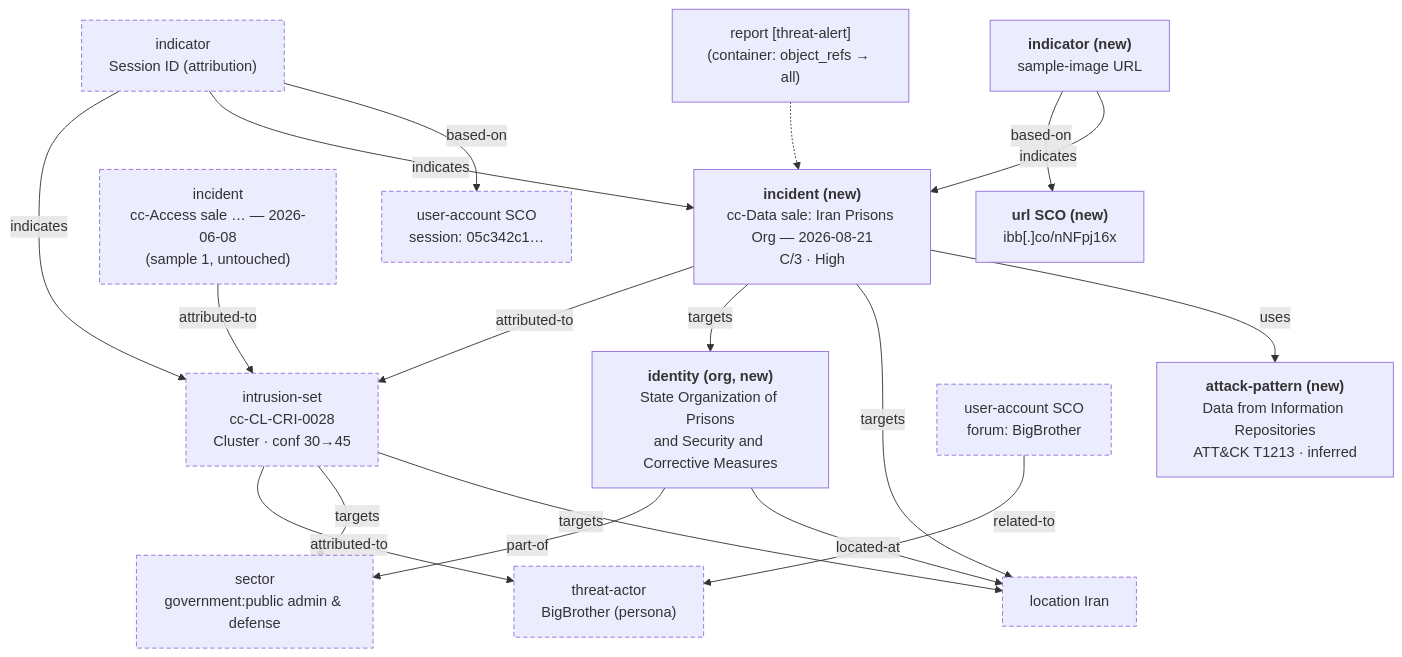
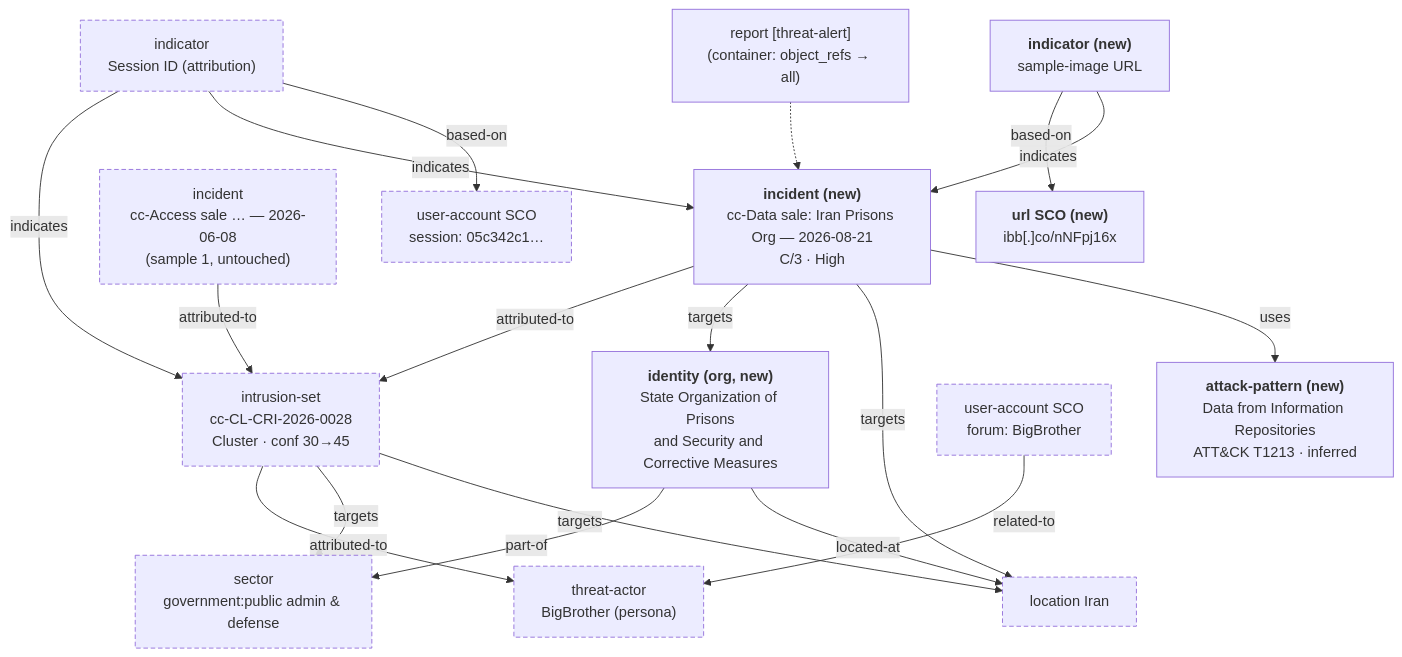
The diagram in docs/Real-Examples/Access-sale-scenario-2.md (CTI-Center/PatchWork), drawn with Mermaid before and after one commit. The commit also changed other lines of this file and 79 other files, not shown here.

````diff
--- a/docs/Real-Examples/Access-sale-scenario-2.md
+++ b/docs/Real-Examples/Access-sale-scenario-2.md
@@ -125,23 +125,23 @@
 ```mermaid
 flowchart TB
   RPT["report [threat-alert]<br/>(container: object_refs → all)"] -.-> INC
   INC["<b>incident (new)</b><br/>cc-Data sale: Iran Prisons Org — 2026-08-21<br/>C/3 · High"] -->|attributed-to| IS
-  IS["intrusion-set<br/>cc-CL-CRI-0028<br/>Cluster · conf 30→45"] -->|attributed-to| TA["threat-actor<br/>BigBrother (persona)"]
+  IS["intrusion-set<br/>cc-CL-CRI-2026-0028<br/>Cluster · conf 30→45"] -->|attributed-to| TA["threat-actor<br/>BigBrother (persona)"]
   INC0["incident<br/>cc-Access sale … — 2026-06-08<br/>(sample 1, untouched)"] -->|attributed-to| IS
   INC -->|targets| ORG["<b>identity (org, new)</b><br/>State Organization of Prisons<br/>and Security and Corrective Measures"]
   INC -->|targets| IR["location Iran"]
   INC -->|uses| AP["<b>attack-pattern (new)</b><br/>Data from Information Repositories<br/>ATT&amp;CK T1213 · inferred"]
   IS -->|targets| SEC["sector<br/>government:public admin & defense"]
   IS -->|targets| IR
   IND["indicator<br/>Session ID (attribution)"] -->|indicates| IS
   IND -->|indicates| INC
   IND -->|based-on| UAS["user-account SCO<br/>session: 05c342c1…"]
   UAP["user-account SCO<br/>forum: BigBrother"] -->|related-to| TA
   IND2["<b>indicator (new)</b><br/>sample-image URL"] -->|based-on| URL["<b>url SCO (new)</b><br/>ibb[.]co/nNFpj16x"]
   IND2 -->|indicates| INC
   ORG -->|part-of| SEC
   ORG -->|located-at| IR
 
   classDef existing stroke-dasharray: 5 3;
   class IS,TA,INC0,IR,SEC,IND,UAS,UAP existing;
 ```
````
